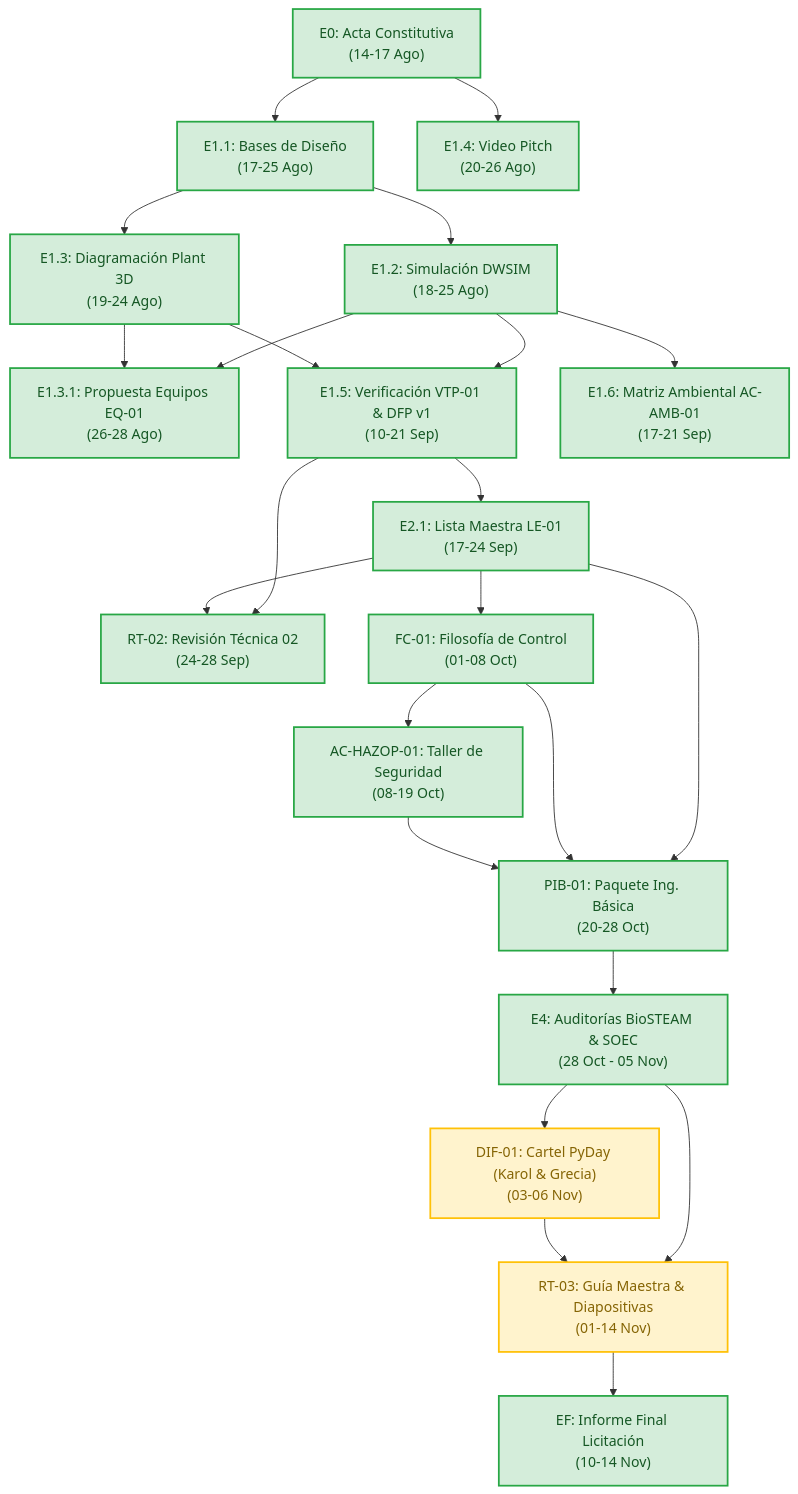
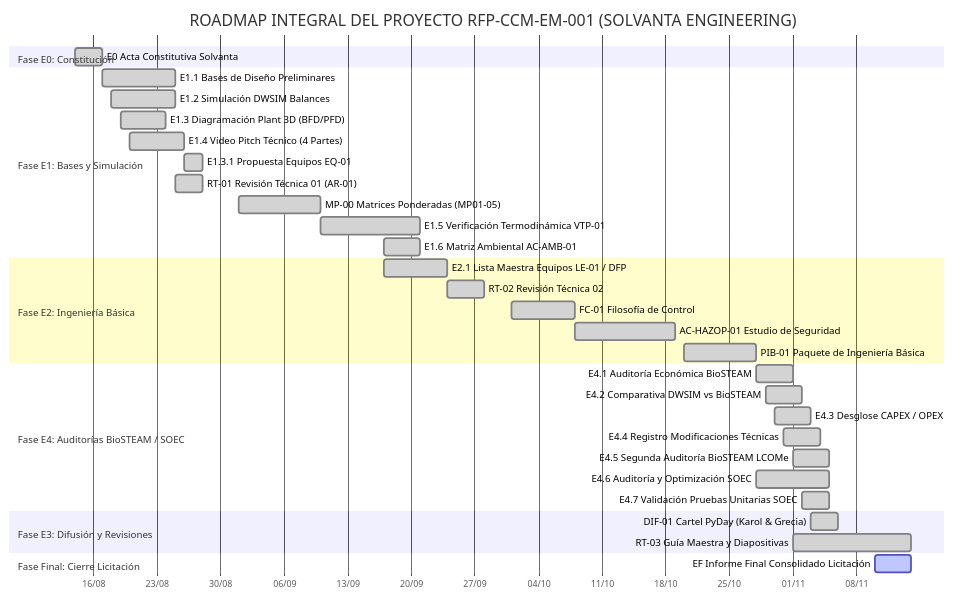
Before and after one commit to karolcamachol29-sudo/RFP-CCM-EM-001: the diagram in 00_Gestion_Proyecto/Documentacion/CRONOGRAMA_PROYECTO.md, drawn with Mermaid. The commit also changed other lines of this file and 10 other files, not shown here.

First line of the commit message:
feat(roadmap): expansion integral del roadmap, desglose WBS por secciones de documentos y coautoria del video pitch E1.4

````diff
--- a/00_Gestion_Proyecto/Documentacion/CRONOGRAMA_PROYECTO.md
+++ b/00_Gestion_Proyecto/Documentacion/CRONOGRAMA_PROYECTO.md
@@ -53,30 +65,43 @@
 ```mermaid
-flowchart TD
-    E0["E0: Acta Constitutiva<br/>(14-17 Ago)"] --> E1_1["E1.1: Bases de Diseño<br/>(17-25 Ago)"]
-    E0 --> E1_4["E1.4: Video Pitch<br/>(20-26 Ago)"]
-    E1_1 --> E1_2["E1.2: Simulación DWSIM<br/>(18-25 Ago)"]
-    E1_1 --> E1_3["E1.3: Diagramación Plant 3D<br/>(19-24 Ago)"]
+gantt
+    title ROADMAP INTEGRAL DEL PROYECTO RFP-CCM-EM-001 (SOLVANTA ENGINEERING)
+    dateFormat  YYYY-MM-DD
+    axisFormat  %d/%m
     
-    E1_2 & E1_3 --> E1_3_1["E1.3.1: Propuesta Equipos EQ-01<br/>(26-28 Ago)"]
-    E1_2 & E1_3 --> E1_5["E1.5: Verificación VTP-01 & DFP v1<br/>(10-21 Sep)"]
-    E1_2 --> E1_6["E1.6: Matriz Ambiental AC-AMB-01<br/>(17-21 Sep)"]
+    section Fase E0: Constitución
+    E0 Acta Constitutiva Solvanta           :done, e0, 2026-08-14, 2026-08-17
     
-    E1_5 --> E2_1["E2.1: Lista Maestra LE-01<br/>(17-24 Sep)"]
-    E1_5 & E2_1 --> RT_02["RT-02: Revisión Técnica 02<br/>(24-28 Sep)"]
+    section Fase E1: Bases y Simulación
+    E1.1 Bases de Diseño Preliminares       :done, e11, 2026-08-17, 2026-08-25
+    E1.2 Simulación DWSIM Balances          :done, e12, 2026-08-18, 2026-08-25
+    E1.3 Diagramación Plant 3D (BFD/PFD)    :done, e13, 2026-08-19, 2026-08-24
+    E1.4 Video Pitch Técnico (4 Partes)     :done, e14, 2026-08-20, 2026-08-26
+    E1.3.1 Propuesta Equipos EQ-01          :done, e131, 2026-08-26, 2026-08-28
+    RT-01 Revisión Técnica 01 (AR-01)       :done, rt01, 2026-08-25, 2026-08-28
+    MP-00 Matrices Ponderadas (MP01-05)     :done, mp00, 2026-09-01, 2026-09-10
+    E1.5 Verificación Termodinámica VTP-01  :done, e15, 2026-09-10, 2026-09-21
+    E1.6 Matriz Ambiental AC-AMB-01         :done, e16, 2026-09-17, 2026-09-21
     
-    E2_1 --> FC_01["FC-01: Filosofía de Control<br/>(01-08 Oct)"]
-    FC_01 --> HAZOP["AC-HAZOP-01: Taller de Seguridad<br/>(08-19 Oct)"]
+    section Fase E2: Ingeniería Básica
+    E2.1 Lista Maestra Equipos LE-01 / DFP  :done, e21, 2026-09-17, 2026-09-24
+    RT-02 Revisión Técnica 02               :done, rt02, 2026-09-24, 2026-09-28
+    FC-01 Filosofía de Control              :done, fc01, 2026-10-01, 2026-10-08
+    AC-HAZOP-01 Estudio de Seguridad        :done, hazop, 2026-10-08, 2026-10-19
+    PIB-01 Paquete de Ingeniería Básica     :done, pib, 2026-10-20, 2026-10-28
     
-    E2_1 & FC_01 & HAZOP --> PIB_01["PIB-01: Paquete Ing. Básica<br/>(20-28 Oct)"]
+    section Fase E4: Auditorías BioSTEAM / SOEC
+    E4.1 Auditoría Económica BioSTEAM       :done, e41, 2026-10-28, 2026-11-01
+    E4.2 Comparativa DWSIM vs BioSTEAM      :done, e42, 2026-10-29, 2026-11-02
+    E4.3 Desglose CAPEX / OPEX              :done, e43, 2026-10-30, 2026-11-03
+    E4.4 Registro Modificaciones Técnicas   :done, e44, 2026-10-31, 2026-11-04
+    E4.5 Segunda Auditoría BioSTEAM LCOMe   :done, e45, 2026-11-01, 2026-11-05
+    E4.6 Auditoría y Optimización SOEC      :done, e46, 2026-10-28, 2026-11-05
+    E4.7 Validación Pruebas Unitarias SOEC  :done, e47, 2026-11-02, 2026-11-05
     
-    PIB_01 --> E4["E4: Auditorías BioSTEAM & SOEC<br/>(28 Oct - 05 Nov)"]
-    E4 --> DIF_01["DIF-01: Cartel PyDay (Karol & Grecia)<br/>(03-06 Nov)"]
+    section Fase E3: Difusión y Revisiones
+    DIF-01 Cartel PyDay (Karol & Grecia)    :done, dif01, 2026-11-03, 2026-11-06
+    RT-03 Guía Maestra y Diapositivas       :done, rt03, 2026-11-01, 2026-11-14
     
-    E4 & DIF_01 --> RT_03["RT-03: Guía Maestra & Diapositivas<br/>(01-14 Nov)"]
-    RT_03 --> EF["EF: Informe Final Licitación<br/>(10-14 Nov)"]
-
-    classDef done fill:#d4edda,stroke:#28a745,stroke-width:2px,color:#155724;
-    classDef highlight fill:#fff3cd,stroke:#ffc107,stroke-width:2px,color:#856404;
-    class E0,E1_1,E1_2,E1_3,E1_3_1,E1_4,E1_5,E1_6,E2_1,FC_01,HAZOP,PIB_01,RT_02,E4,EF done;
-    class DIF_01,RT_03 highlight;
+    section Fase Final: Cierre Licitación
+    EF Informe Final Consolidado Licitación :active, ef, 2026-11-10, 2026-11-14
 ```
````
